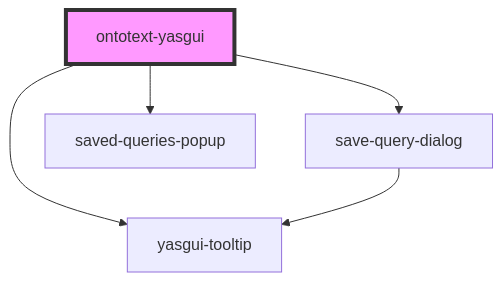
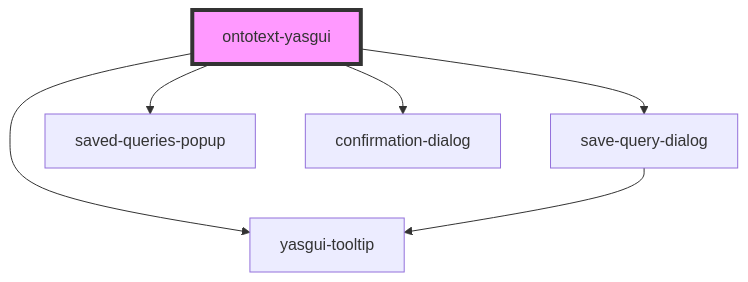
The diagram in ontotext-yasgui-web-component/src/components/ontotext-yasgui-web-component/readme.md (Ontotext-AD/ontotext-yasgui), drawn with Mermaid before and after one commit. The commit also changed other lines of this file and 15 other files, not shown here.

````diff
--- a/ontotext-yasgui-web-component/src/components/ontotext-yasgui-web-component/readme.md
+++ b/ontotext-yasgui-web-component/src/components/ontotext-yasgui-web-component/readme.md
@@ -72,8 +74,9 @@
 ```mermaid
 graph TD;
   ontotext-yasgui --> yasgui-tooltip
   ontotext-yasgui --> save-query-dialog
   ontotext-yasgui --> saved-queries-popup
+  ontotext-yasgui --> confirmation-dialog
   save-query-dialog --> yasgui-tooltip
   style ontotext-yasgui fill:#f9f,stroke:#333,stroke-width:4px
 ```
````
